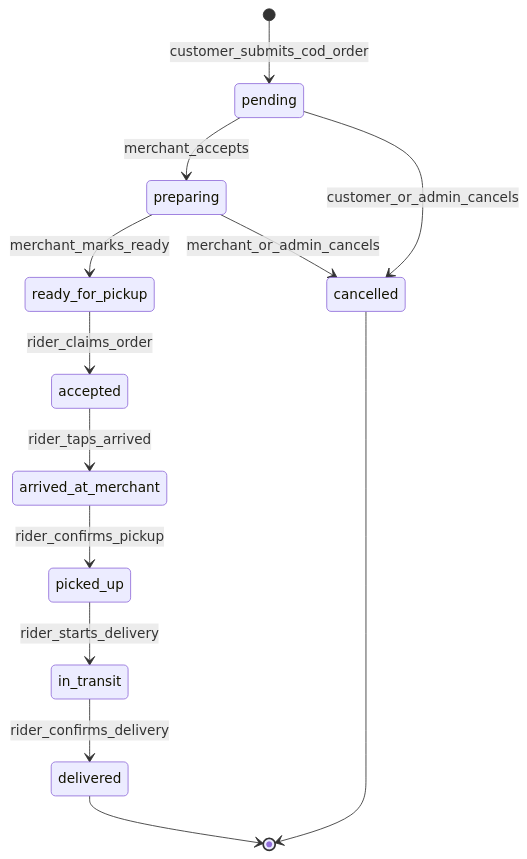
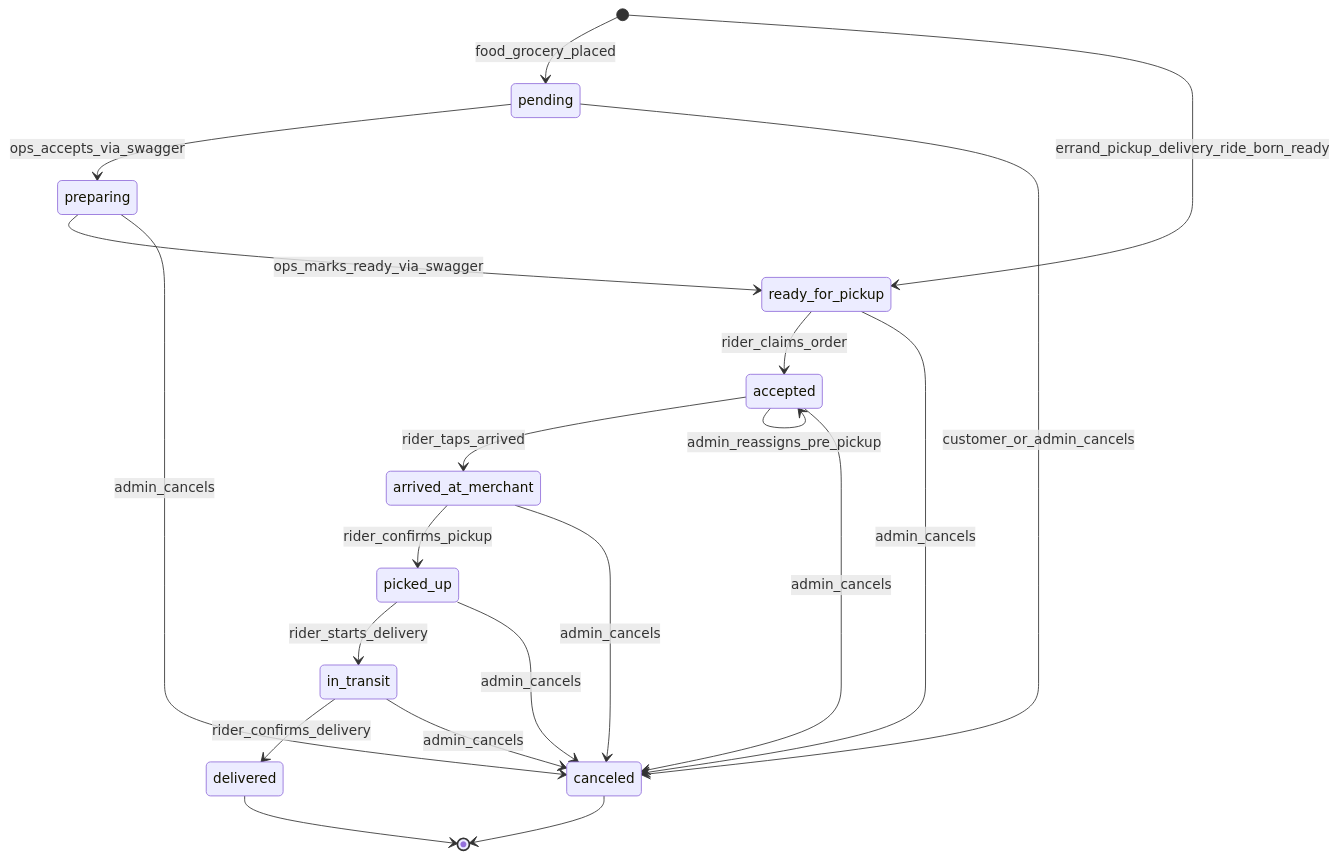
Before and after one commit to xzen-projects/cartman-ph-docs: the seventh of 14 diagrams in ARCHITECTURE.md, drawn with Mermaid. The commit also changed other lines of this file, not shown here.

First line of the commit message:
docs: reconcile ARCHITECTURE.md with implemented server reality

````diff
--- a/ARCHITECTURE.md
+++ b/ARCHITECTURE.md
@@ -491,19 +458,28 @@
 ```mermaid
 stateDiagram-v2
-  [*] --> pending: customer_submits_cod_order
+  [*] --> pending: food_grocery_placed
+  [*] --> ready_for_pickup: errand_pickup_delivery_ride_born_ready
 
-  pending --> preparing: merchant_accepts
-  pending --> cancelled: customer_or_admin_cancels
+  pending --> preparing: ops_accepts_via_swagger
+  pending --> canceled: customer_or_admin_cancels
 
-  preparing --> ready_for_pickup: merchant_marks_ready
-  preparing --> cancelled: merchant_or_admin_cancels
+  preparing --> ready_for_pickup: ops_marks_ready_via_swagger
+  preparing --> canceled: admin_cancels
 
   ready_for_pickup --> accepted: rider_claims_order
+  ready_for_pickup --> canceled: admin_cancels
+
   accepted --> arrived_at_merchant: rider_taps_arrived
+  accepted --> accepted: admin_reassigns_pre_pickup
+  accepted --> canceled: admin_cancels
+
   arrived_at_merchant --> picked_up: rider_confirms_pickup
+  arrived_at_merchant --> canceled: admin_cancels
   picked_up --> in_transit: rider_starts_delivery
+  picked_up --> canceled: admin_cancels
   in_transit --> delivered: rider_confirms_delivery
+  in_transit --> canceled: admin_cancels
 
   delivered --> [*]
-  cancelled --> [*]
+  canceled --> [*]
 ```
````
